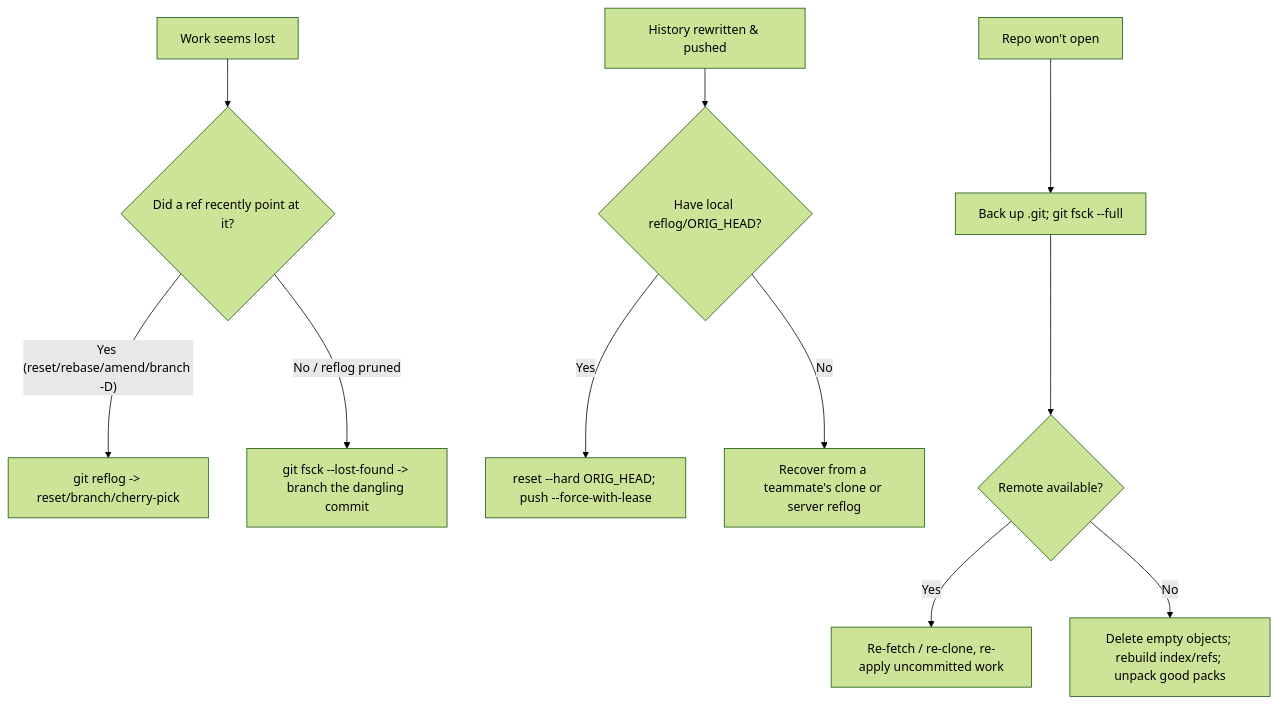
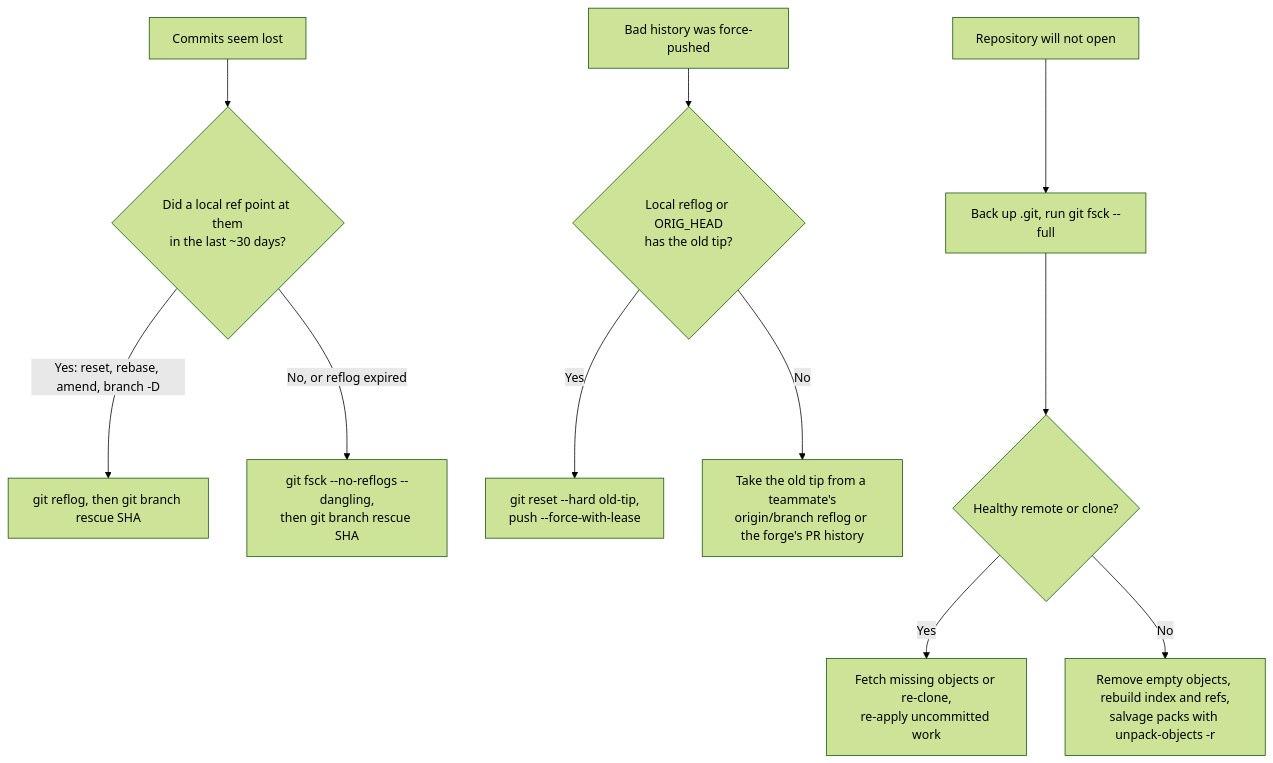
One commit to AndrewAltimit/Documentation changed the third of 3 diagrams in github-pages/docs/technology/git/conflict-and-recovery.md. Above: the diagram before and after it, drawn with Mermaid (forest theme). The commit also changed other lines of this file and 240 other files, not shown here.

````diff
--- a/github-pages/docs/technology/git/conflict-and-recovery.md
+++ b/github-pages/docs/technology/git/conflict-and-recovery.md
@@ -441,13 +444,13 @@
 ```mermaid
 flowchart TD
-    A[Work seems lost] --> B{Did a ref recently point at it?}
-    B -- "Yes (reset/rebase/amend/branch -D)" --> C[git reflog -> reset/branch/cherry-pick]
-    B -- "No / reflog pruned" --> D[git fsck --lost-found -> branch the dangling commit]
-    A2[History rewritten &amp; pushed] --> E{Have local reflog/ORIG_HEAD?}
-    E -- Yes --> F[reset --hard ORIG_HEAD; push --force-with-lease]
-    E -- No --> G[Recover from a teammate's clone or server reflog]
-    A3[Repo won't open] --> H[Back up .git; git fsck --full]
-    H --> I{Remote available?}
-    I -- Yes --> J[Re-fetch / re-clone, re-apply uncommitted work]
-    I -- No --> K[Delete empty objects; rebuild index/refs; unpack good packs]
+    A["Commits seem lost"] --> B{"Did a local ref point at them<br/>in the last ~30 days?"}
+    B -- "Yes: reset, rebase, amend, branch -D" --> C["git reflog, then git branch rescue SHA"]
+    B -- "No, or reflog expired" --> D["git fsck --no-reflogs --dangling,<br/>then git branch rescue SHA"]
+    E["Bad history was force-pushed"] --> F{"Local reflog or ORIG_HEAD<br/>has the old tip?"}
+    F -- Yes --> G["git reset --hard old-tip,<br/>push --force-with-lease"]
+    F -- No --> H["Take the old tip from a teammate's<br/>origin/branch reflog or the forge's PR history"]
+    I["Repository will not open"] --> J["Back up .git, run git fsck --full"]
+    J --> K{"Healthy remote or clone?"}
+    K -- Yes --> L["Fetch missing objects or re-clone,<br/>re-apply uncommitted work"]
+    K -- No --> M["Remove empty objects, rebuild index and refs,<br/>salvage packs with unpack-objects -r"]
 ```
````
